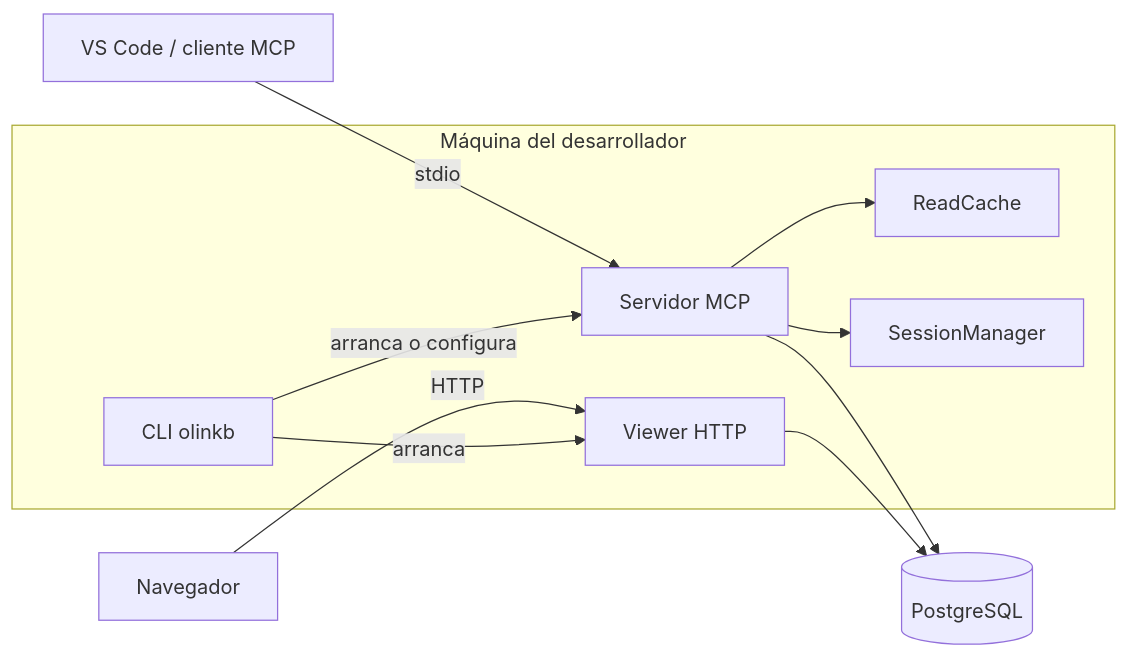
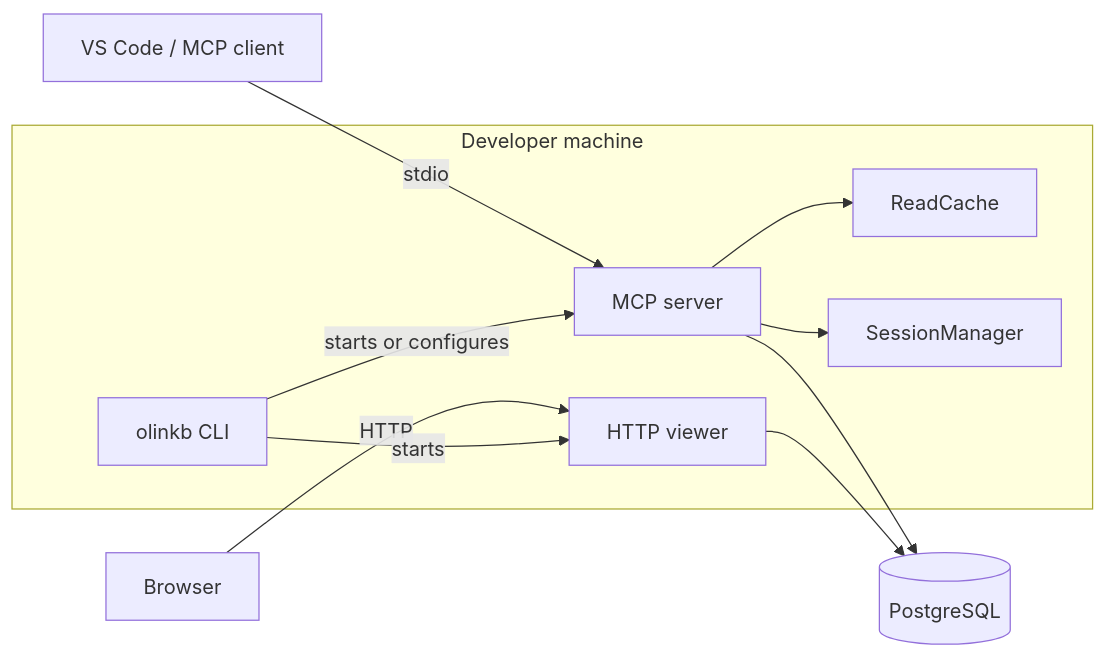
One commit to rzjulio/olinkb changed the second of 11 diagrams in docs/olinkb-funcionamiento-end-to-end.md. Above: the diagram before and after it, drawn with Mermaid. The commit also changed other lines of this file and 22 other files, not shown here.

````diff
--- a/docs/olinkb-funcionamiento-end-to-end.md
+++ b/docs/olinkb-funcionamiento-end-to-end.md
@@ -54,23 +54,23 @@
 ```mermaid
 flowchart LR
-    subgraph workstation[Máquina del desarrollador]
-        cli[CLI olinkb]
-        mcp[Servidor MCP]
-        http[Viewer HTTP]
+    subgraph workstation[Developer machine]
+        cli[olinkb CLI]
+        mcp[MCP server]
+        http[HTTP viewer]
         cache[ReadCache]
         sessions[SessionManager]
     end
 
-    vscode[VS Code / cliente MCP]
-    browser[Navegador]
+    vscode[VS Code / MCP client]
+    browser[Browser]
     pg[(PostgreSQL)]
 
     vscode -->|stdio| mcp
     browser -->|HTTP| http
-    cli -->|arranca o configura| mcp
-    cli -->|arranca| http
+    cli -->|starts or configures| mcp
+    cli -->|starts| http
     mcp --> cache
     mcp --> sessions
     mcp --> pg
     http --> pg
 ```
````
